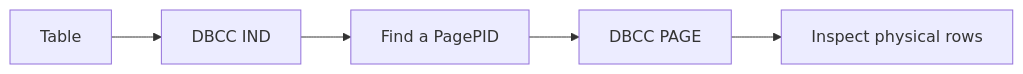
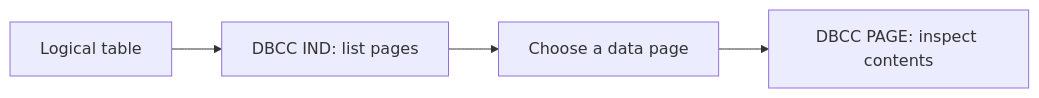
Before and after one commit to tjovic/database-design-labs-public: the eighth of 11 diagrams in labs/lab05-physical-storage.md, drawn with Mermaid. The commit also changed other lines of this file, not shown here.

````diff
--- a/labs/lab05-physical-storage.md
+++ b/labs/lab05-physical-storage.md
@@ -585,7 +498,6 @@
 ```mermaid
 flowchart LR
-    A[Table] --> B[DBCC IND]
-    B --> C[Find a PagePID]
-    C --> D[DBCC PAGE]
-    D --> E[Inspect physical rows]
+    A[Logical table] --> B[DBCC IND: list pages]
+    B --> C[Choose a data page]
+    C --> D[DBCC PAGE: inspect contents]
 ```
````
